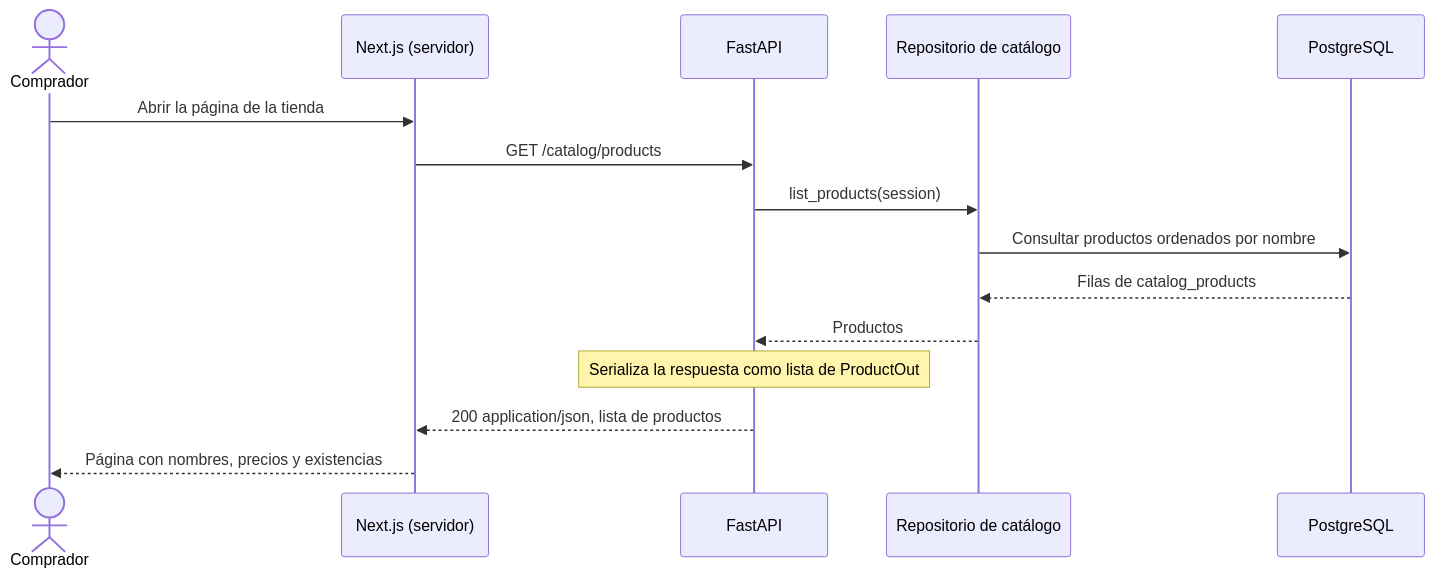
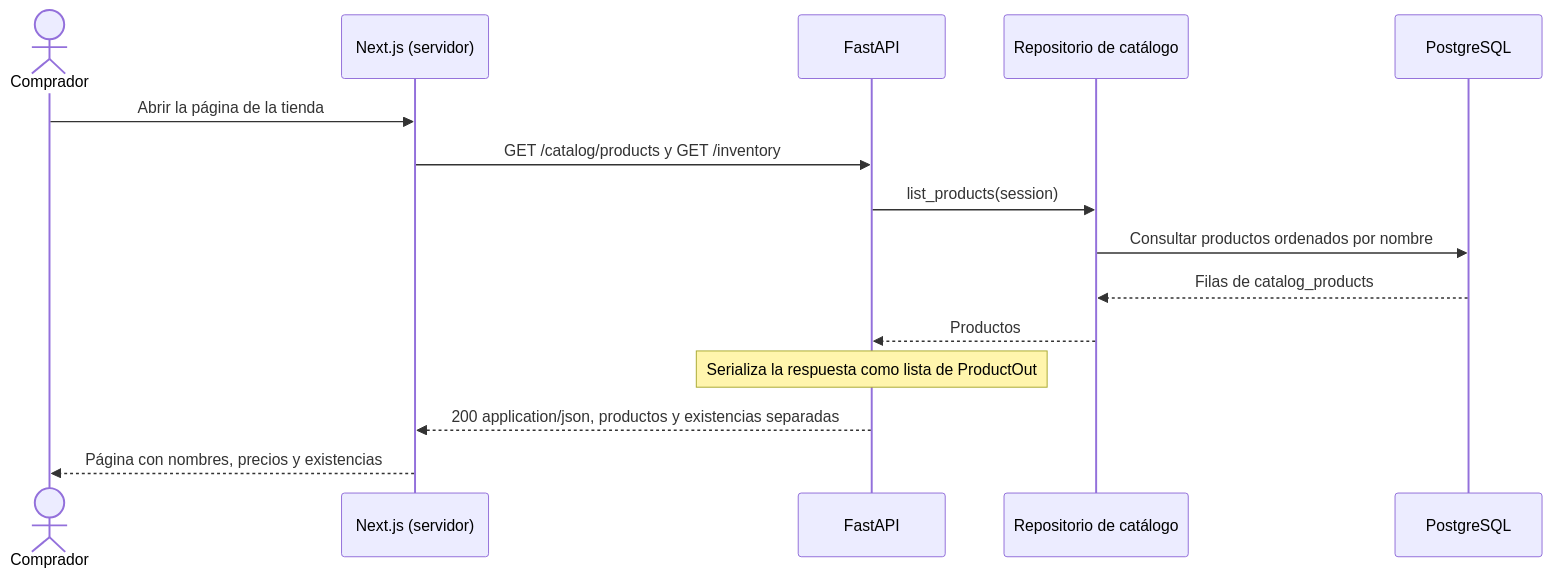
One commit to ISCOUTB/AS_202620_TIENDA-VIRTUAL-UTB changed the first of 2 diagrams in docs/api/contrato-api.md. Above: the diagram before and after it, drawn with Mermaid. The commit also changed other lines of this file and 34 other files, not shown here.

````diff
--- a/docs/api/contrato-api.md
+++ b/docs/api/contrato-api.md
@@ -37,18 +39,18 @@
 ```mermaid
 sequenceDiagram
     actor Usuario as Comprador
     participant Web as Next.js (servidor)
     participant API as FastAPI
     participant Catalogo as Repositorio de catálogo
     participant BD as PostgreSQL
 
     Usuario->>Web: Abrir la página de la tienda
-    Web->>API: GET /catalog/products
+    Web->>API: GET /catalog/products y GET /inventory
     API->>Catalogo: list_products(session)
     Catalogo->>BD: Consultar productos ordenados por nombre
     BD-->>Catalogo: Filas de catalog_products
     Catalogo-->>API: Productos
     Note over API: Serializa la respuesta como lista de ProductOut
-    API-->>Web: 200 application/json, lista de productos
+    API-->>Web: 200 application/json, productos y existencias separadas
     Web-->>Usuario: Página con nombres, precios y existencias
 ```
````
